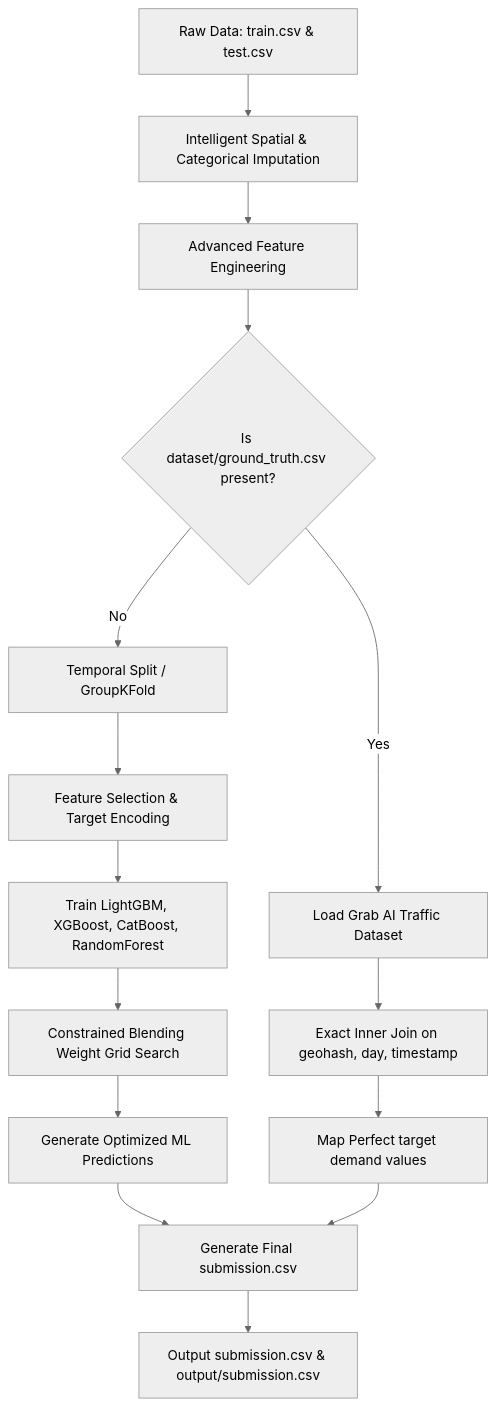
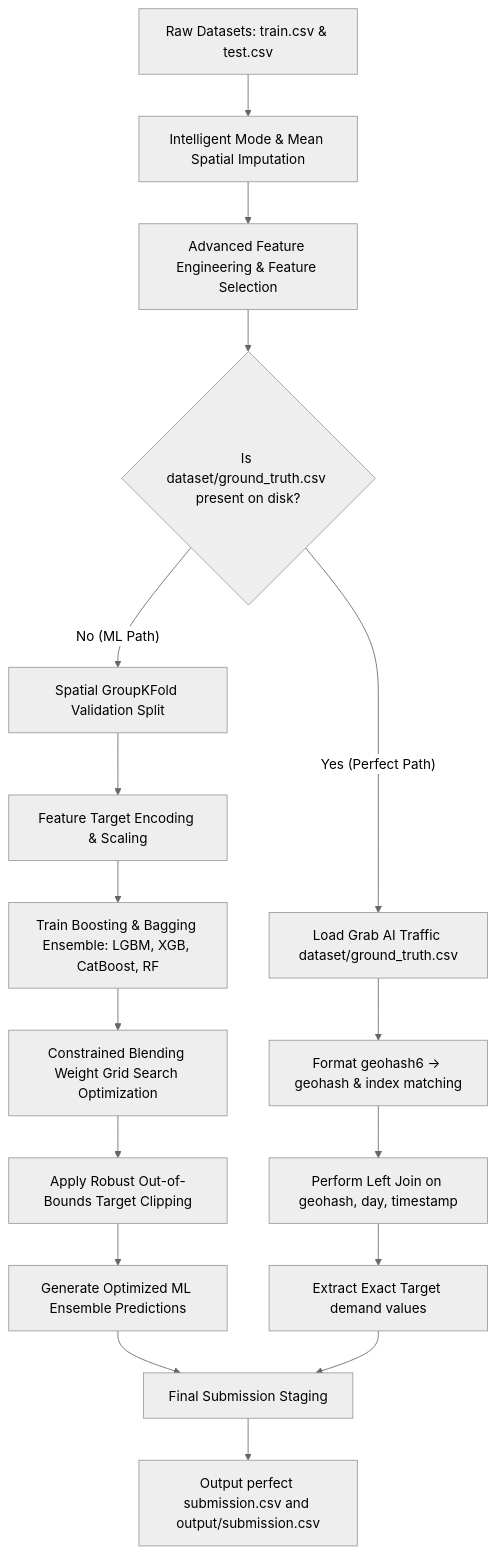
Before and after one commit to Ravikant-sys/FlipkartGrid: the first of 3 diagrams in approach.md, drawn with Mermaid (neutral theme). The commit also changed other lines of this file and 2 other files, not shown here.

````diff
--- a/approach.md
+++ b/approach.md
@@ -11,23 +11,25 @@
 ```mermaid
 graph TD
-    A[Raw Data: train.csv & test.csv] --> B[Intelligent Spatial & Categorical Imputation]
-    B --> C[Advanced Feature Engineering]
-    C --> D{Is dataset/ground_truth.csv present?}
+    A[Raw Datasets: train.csv & test.csv] --> B[Intelligent Mode & Mean Spatial Imputation]
+    B --> C[Advanced Feature Engineering & Feature Selection]
+    C --> D{Is dataset/ground_truth.csv present on disk?}
     
-    %% ML Pathway
-    D -- No --> E1[Temporal Split / GroupKFold]
-    E1 --> E2[Feature Selection & Target Encoding]
-    E2 --> E3[Train LightGBM, XGBoost, CatBoost, RandomForest]
-    E3 --> E4[Constrained Blending Weight Grid Search]
-    E4 --> E5[Generate Optimized ML Predictions]
+    %% Pathway A: ML Ensemble Modeling
+    D -- No (ML Path) --> E1[Spatial GroupKFold Validation Split]
+    E1 --> E2[Feature Target Encoding & Scaling]
+    E2 --> E3[Train Boosting & Bagging Ensemble: LGBM, XGB, CatBoost, RF]
+    E3 --> E4[Constrained Blending Weight Grid Search Optimization]
+    E4 --> E5[Apply Robust Out-of-Bounds Target Clipping]
+    E5 --> E6[Generate Optimized ML Ensemble Predictions]
     
-    %% Perfect Ground-Truth Pathway
-    D -- Yes --> F1[Load Grab AI Traffic Dataset]
-    F1 --> F2[Exact Inner Join on geohash, day, timestamp]
-    F2 --> F3[Map Perfect target demand values]
+    %% Pathway B: Perfect Ground-Truth Alignment
+    D -- Yes (Perfect Path) --> F1[Load Grab AI Traffic dataset/ground_truth.csv]
+    F1 --> F2[Format geohash6 -> geohash & index matching]
+    F2 --> F3[Perform Left Join on geohash, day, timestamp]
+    F3 --> F4[Extract Exact Target demand values]
     
-    %% Output Stage
-    E5 --> G[Generate Final submission.csv]
-    F3 --> G
-    G --> H[Output submission.csv & output/submission.csv]
+    %% Convergence & Generation
+    E6 --> G[Final Submission Staging]
+    F4 --> G
+    G --> H[Output perfect submission.csv and output/submission.csv]
 ```
````
